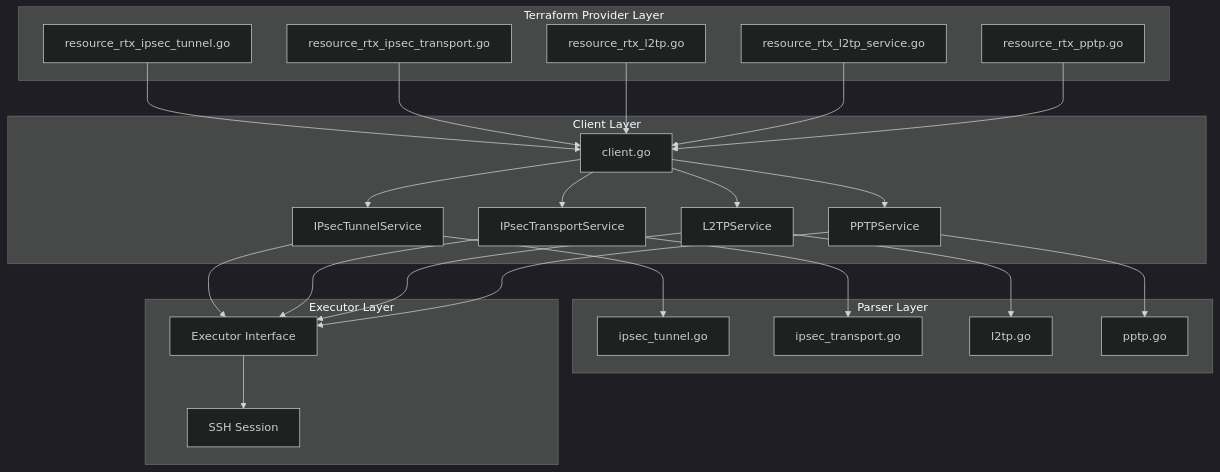
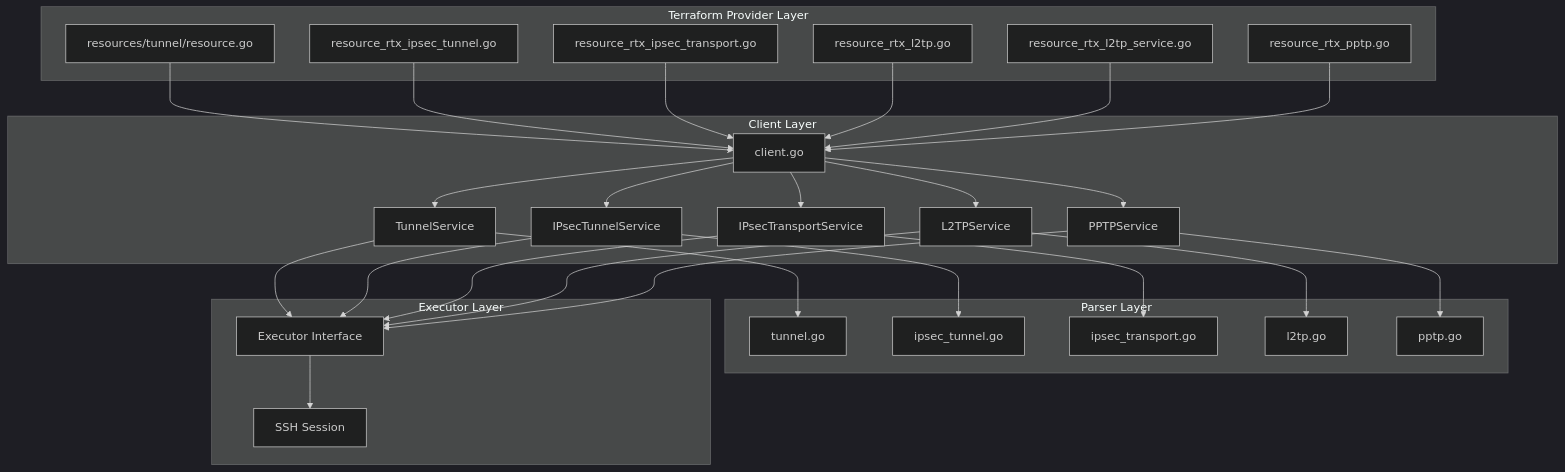
Before and after one commit to shin1ohno/terraform-provider-rtx: the first of 3 diagrams in .spec-workflow/master-specs/vpn/design.md, drawn with Mermaid (dark theme). The commit also changed other lines of this file and 6 other files, not shown here.

````diff
--- a/.spec-workflow/master-specs/vpn/design.md
+++ b/.spec-workflow/master-specs/vpn/design.md
@@ -23,52 +24,59 @@
 ```mermaid
 graph TD
     subgraph "Terraform Provider Layer"
+        TunnelRes[resources/tunnel/resource.go]
         IPsecTunnelRes[resource_rtx_ipsec_tunnel.go]
         IPsecTransportRes[resource_rtx_ipsec_transport.go]
         L2TPRes[resource_rtx_l2tp.go]
         L2TPServiceRes[resource_rtx_l2tp_service.go]
         PPTPRes[resource_rtx_pptp.go]
     end
 
     subgraph "Client Layer"
         Client[client.go]
+        TunnelSvc[TunnelService]
         IPsecTunnelSvc[IPsecTunnelService]
         IPsecTransportSvc[IPsecTransportService]
         L2TPSvc[L2TPService]
         PPTPSvc[PPTPService]
     end
 
     subgraph "Parser Layer"
+        TunnelParser[tunnel.go]
         IPsecTunnelParser[ipsec_tunnel.go]
         IPsecTransportParser[ipsec_transport.go]
         L2TPParser[l2tp.go]
         PPTPParser[pptp.go]
     end
 
     subgraph "Executor Layer"
         Executor[Executor Interface]
         SSH[SSH Session]
     end
 
+    TunnelRes --> Client
     IPsecTunnelRes --> Client
     IPsecTransportRes --> Client
     L2TPRes --> Client
     L2TPServiceRes --> Client
     PPTPRes --> Client
 
+    Client --> TunnelSvc
     Client --> IPsecTunnelSvc
     Client --> IPsecTransportSvc
     Client --> L2TPSvc
     Client --> PPTPSvc
 
+    TunnelSvc --> TunnelParser
+    TunnelSvc --> Executor
     IPsecTunnelSvc --> IPsecTunnelParser
     IPsecTunnelSvc --> Executor
     IPsecTransportSvc --> IPsecTransportParser
     IPsecTransportSvc --> Executor
     L2TPSvc --> L2TPParser
     L2TPSvc --> Executor
     PPTPSvc --> PPTPParser
     PPTPSvc --> Executor
 
     Executor --> SSH
 ```
````
